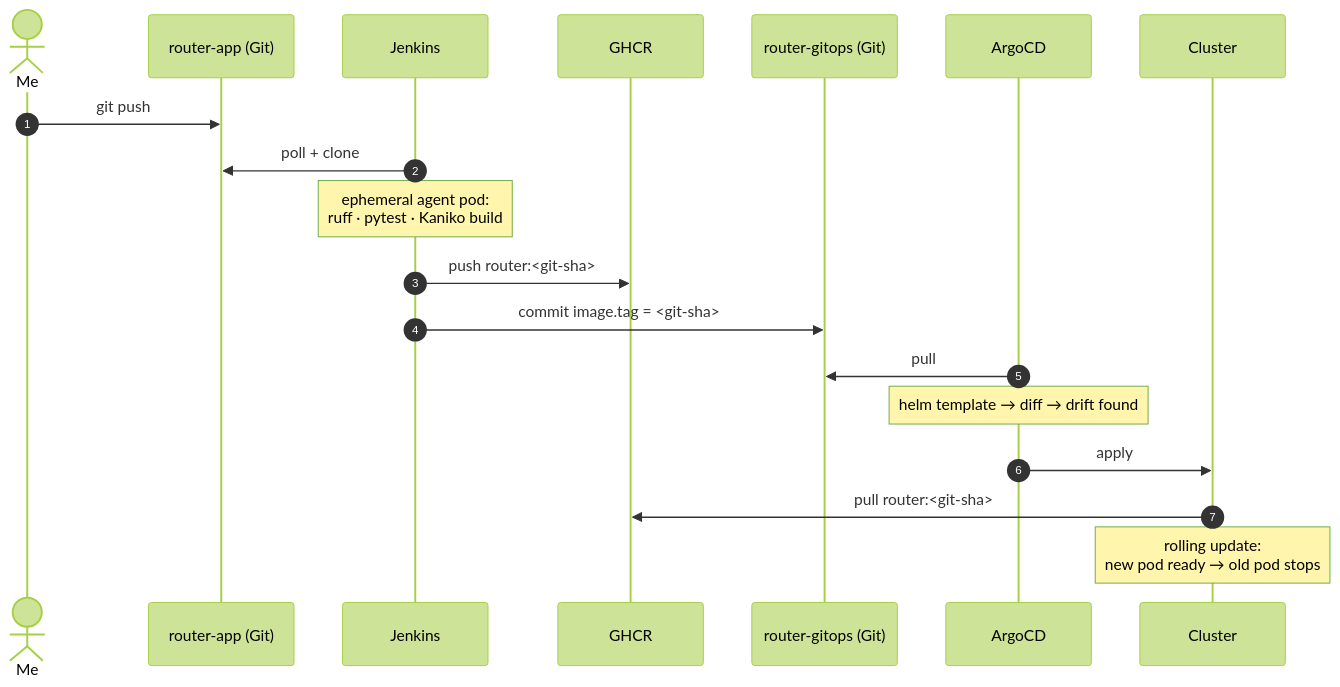
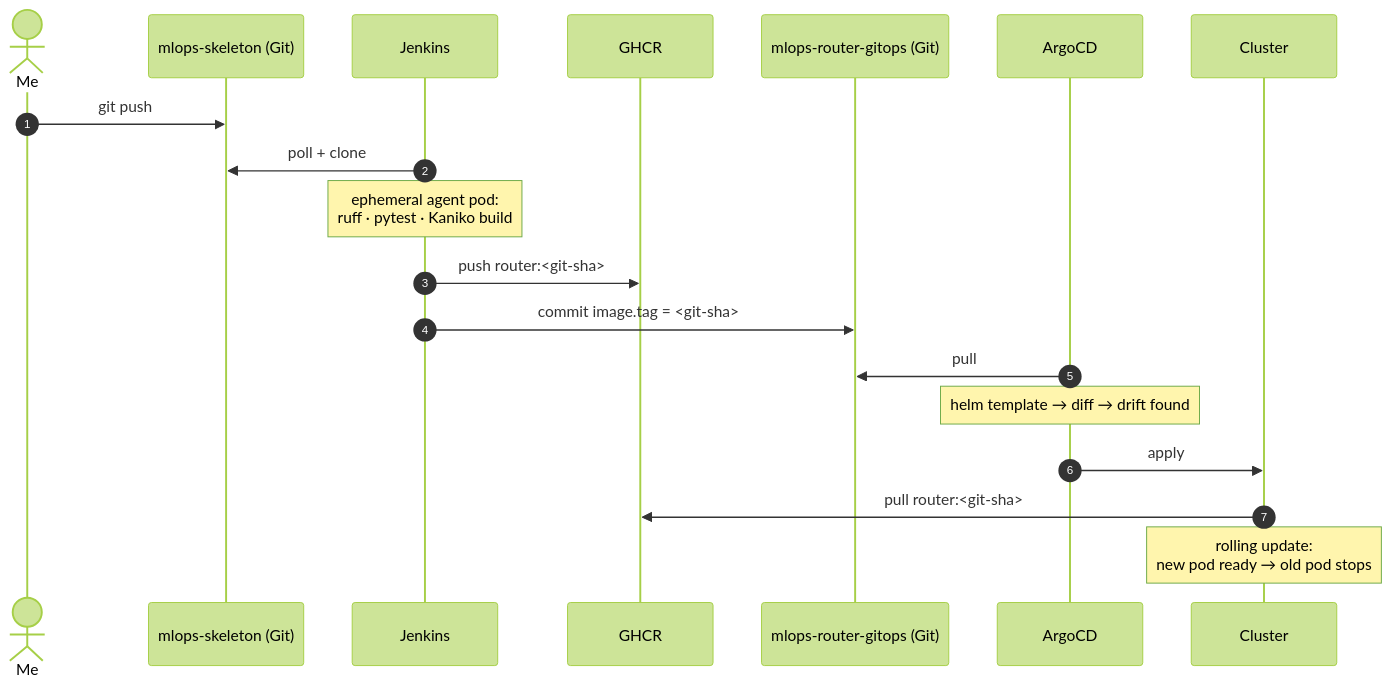
One commit to ducthangng/mlops-skeleton changed the second of 3 diagrams in Readme.md. Above: the diagram before and after it, drawn with Mermaid (forest theme). The commit also changed other lines of this file and 6 other files, not shown here.

````diff
--- a/Readme.md
+++ b/Readme.md
@@ -49,21 +49,21 @@
 ```mermaid
 sequenceDiagram
     autonumber
     actor Me
-    participant App as router-app (Git)
+    participant App as mlops-skeleton (Git)
     participant J as Jenkins
     participant Reg as GHCR
-    participant Ops as router-gitops (Git)
+    participant Ops as mlops-router-gitops (Git)
     participant Argo as ArgoCD
     participant K8s as Cluster
     Me->>App: git push
     J->>App: poll + clone
     Note over J: ephemeral agent pod:<br/>ruff · pytest · Kaniko build
     J->>Reg: push router:<git-sha>
     J->>Ops: commit image.tag = <git-sha>
     Argo->>Ops: pull
     Note over Argo: helm template → diff → drift found
     Argo->>K8s: apply
     K8s->>Reg: pull router:<git-sha>
     Note over K8s: rolling update:<br/>new pod ready → old pod stops
 ```
````
